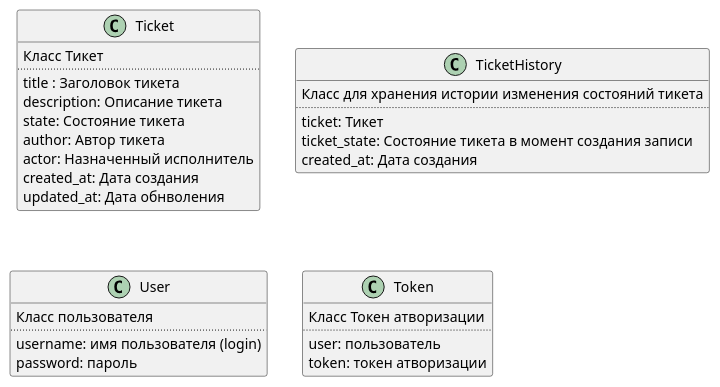
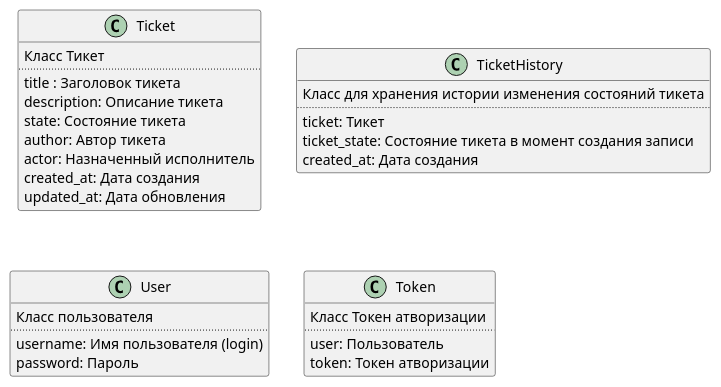
Before and after one commit to rlikhachev/iTicket: the diagram in iticket/uml/ClassDescription.puml, drawn with PlantUML. The commit also changed 12 other files, not shown here.

```diff
--- a/iticket/uml/ClassDescription.puml
+++ b/iticket/uml/ClassDescription.puml
@@ -1,33 +1,33 @@
 @startuml
 class Ticket {
     Класс Тикет
     ..
     title : Заголовок тикета
     description: Описание тикета
     state: Состояние тикета
     author: Автор тикета
     actor: Назначенный исполнитель
     created_at: Дата создания
-    updated_at: Дата обнволения
+    updated_at: Дата обновления
 }
 class TicketHistory{
     Класс для хранения истории изменения состояний тикета
     ..
     ticket: Тикет
     ticket_state: Состояние тикета в момент создания записи
     created_at: Дата создания
 }
 
 class User {
     Класс пользователя
     ..
-    username: имя пользователя (login)
-    password: пароль
+    username: Имя пользователя (login)
+    password: Пароль
 }
 class Token {
     Класс Токен атворизации
     ..
-    user: пользователь
-    token: токен атворизации
+    user: Пользователь
+    token: Токен атворизации
 }
 @enduml
```
